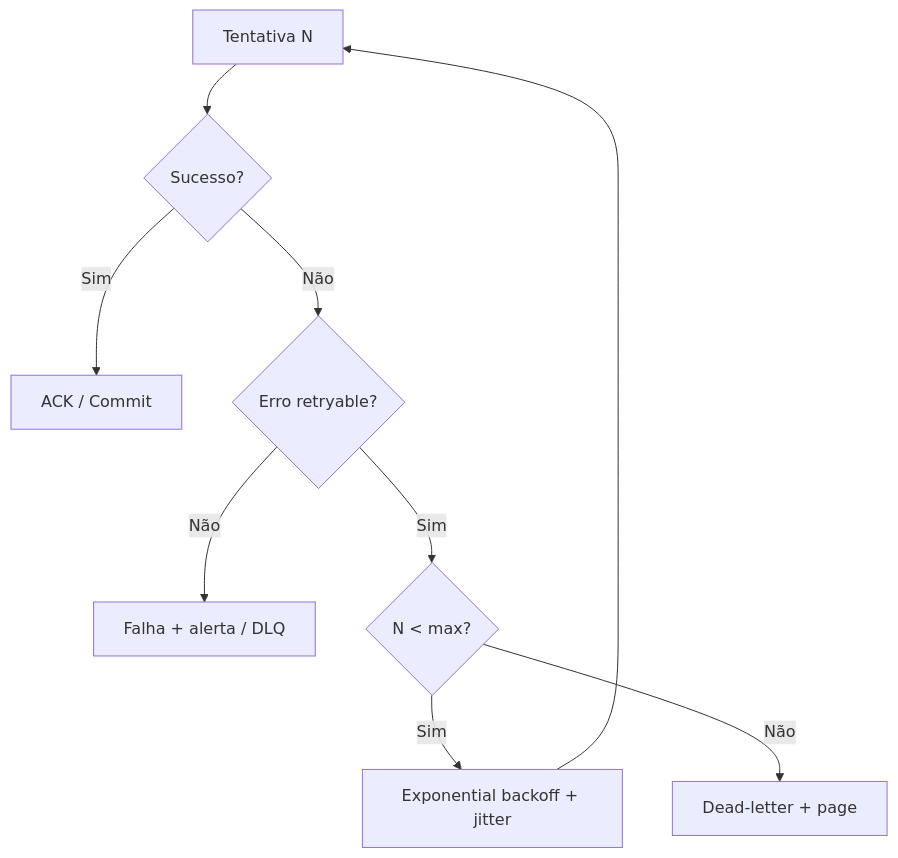
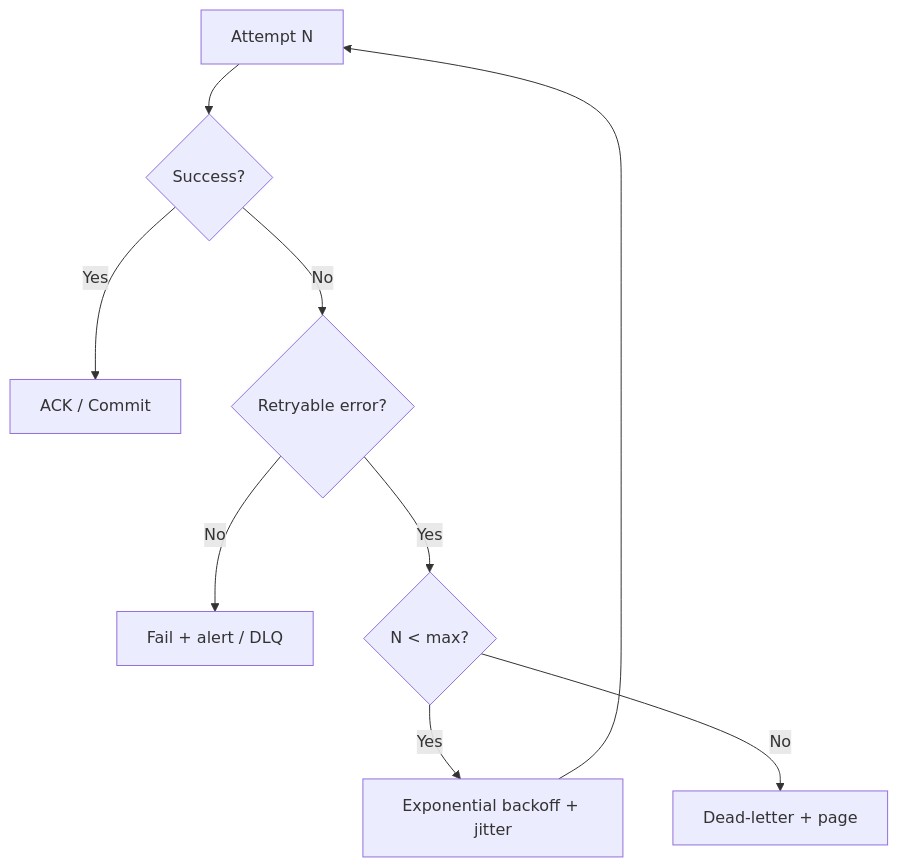
Before and after one commit to alissonf216/licitech-architecture-showcase: the seventh of 8 diagrams in docs/ARCHITECTURE.md, drawn with Mermaid. The commit also changed other lines of this file and 36 other files, not shown here.

First line of the commit message:
Add Licitech architecture portfolio (EN + PT-BR)

````diff
--- a/docs/ARCHITECTURE.md
+++ b/docs/ARCHITECTURE.md
@@ -246,11 +248,11 @@
 ```mermaid
 flowchart TD
-    START[Tentativa N] --> OK{Sucesso?}
-    OK -->|Sim| DONE[ACK / Commit]
-    OK -->|Não| RETRYABLE{Erro retryable?}
-    RETRYABLE -->|Não| FAIL[Falha + alerta / DLQ]
-    RETRYABLE -->|Sim| MAX{N < max?}
-    MAX -->|Sim| BACKOFF[Exponential backoff + jitter]
+    START[Attempt N] --> OK{Success?}
+    OK -->|Yes| DONE[ACK / Commit]
+    OK -->|No| RETRYABLE{Retryable error?}
+    RETRYABLE -->|No| FAIL[Fail + alert / DLQ]
+    RETRYABLE -->|Yes| MAX{N < max?}
+    MAX -->|Yes| BACKOFF[Exponential backoff + jitter]
     BACKOFF --> START
-    MAX -->|Não| DLQ[Dead-letter + page]
+    MAX -->|No| DLQ[Dead-letter + page]
 ```
````
